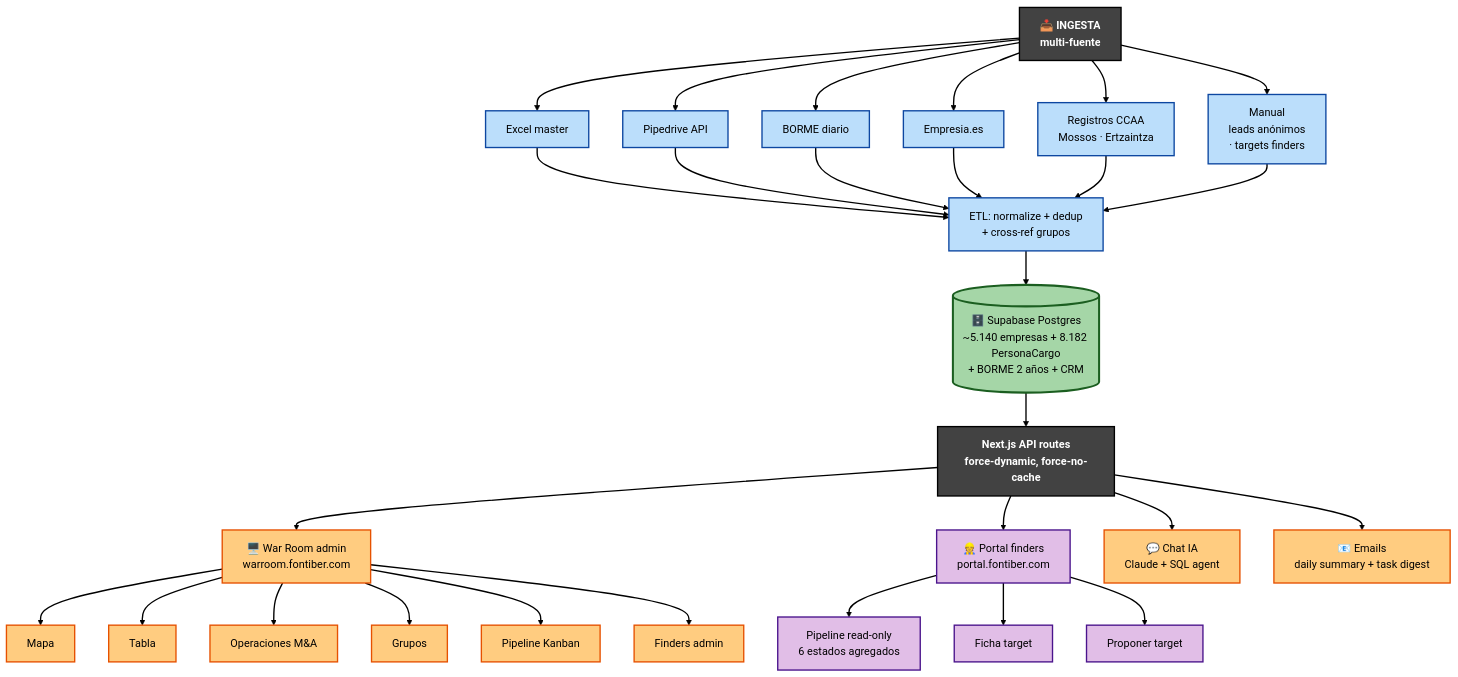
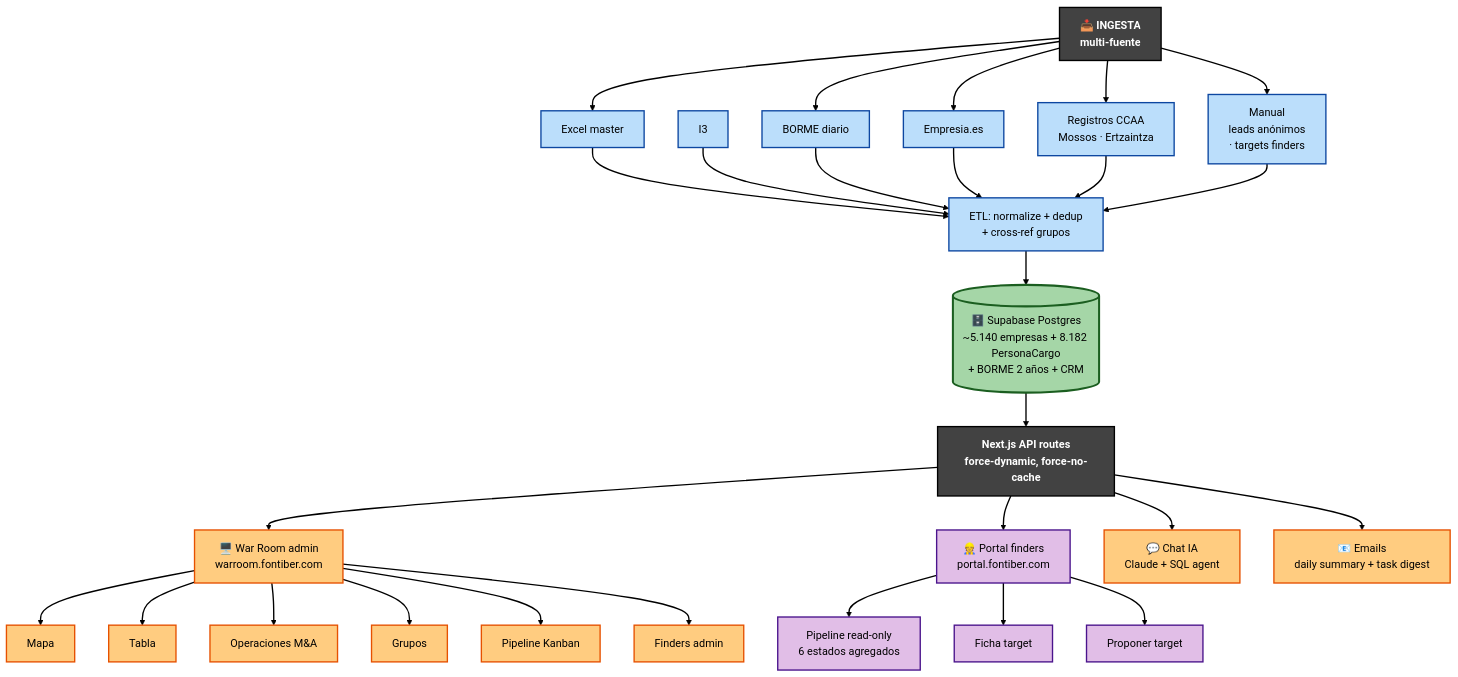
One commit to albertofontiber/war-room changed the first of 7 diagrams in docs/ARCHITECTURE.md. Above: the diagram before and after it, drawn with Mermaid. The commit also changed other lines of this file and 19 other files, not shown here.

````diff
--- a/docs/ARCHITECTURE.md
+++ b/docs/ARCHITECTURE.md
@@ -40,55 +40,54 @@
 ```mermaid
 flowchart TB
     %% ========== INGESTA ==========
     I1[📥 INGESTA<br>multi-fuente] --> I2[Excel master]
-    I1 --> I3[Pipedrive API]
     I1 --> I4[BORME diario]
     I1 --> I5[Empresia.es]
     I1 --> I6[Registros CCAA<br>Mossos · Ertzaintza]
     I1 --> I7[Manual<br>leads anónimos<br>· targets finders]
 
     I2 --> Trans[ETL: normalize + dedup<br>+ cross-ref grupos]
     I3 --> Trans
     I4 --> Trans
     I5 --> Trans
     I6 --> Trans
     I7 --> Trans
     Trans ==> DB
 
     %% ========== DB centro ==========
     DB[(🗄️ Supabase Postgres<br>~5.140 empresas + 8.182 PersonaCargo<br>+ BORME 2 años + CRM)]
 
     %% ========== CONSULTA ==========
     DB ==> APIs[Next.js API routes<br>force-dynamic, force-no-cache]
 
     APIs --> WR[🖥️ War Room admin<br>warroom.fontiber.com]
     APIs --> Portal[👷 Portal finders<br>portal.fontiber.com]
     APIs --> Chat[💬 Chat IA<br>Claude + SQL agent]
     APIs --> Email[📧 Emails<br>daily summary + task digest]
 
     WR --> WR1[Mapa]
     WR --> WR2[Tabla]
     WR --> WR3[Operaciones M&A]
     WR --> WR4[Grupos]
     WR --> WR5[Pipeline Kanban]
     WR --> WR6[Finders admin]
 
     Portal --> P1[Pipeline read-only<br>6 estados agregados]
     Portal --> P2[Ficha target]
     Portal --> P3[Proponer target]
 
     %% ========== Estilos ==========
     classDef ingesta fill:#bbdefb,stroke:#0d47a1,color:#000000,stroke-width:2px
     classDef consulta fill:#ffcc80,stroke:#e65100,color:#000000,stroke-width:2px
     classDef portalNode fill:#e1bee7,stroke:#4a148c,color:#000000,stroke-width:2px
     classDef dbnode fill:#a5d6a7,stroke:#1b5e20,color:#000000,stroke-width:3px
     classDef title fill:#424242,stroke:#000000,color:#ffffff,font-weight:bold,stroke-width:2px
 
     class I2,I3,I4,I5,I6,I7,Trans ingesta
     class WR,WR1,WR2,WR3,WR4,WR5,WR6,Chat,Email consulta
     class Portal,P1,P2,P3 portalNode
     class DB dbnode
     class I1,APIs title
 
     linkStyle default stroke:#000000,stroke-width:2px
 ```
````
